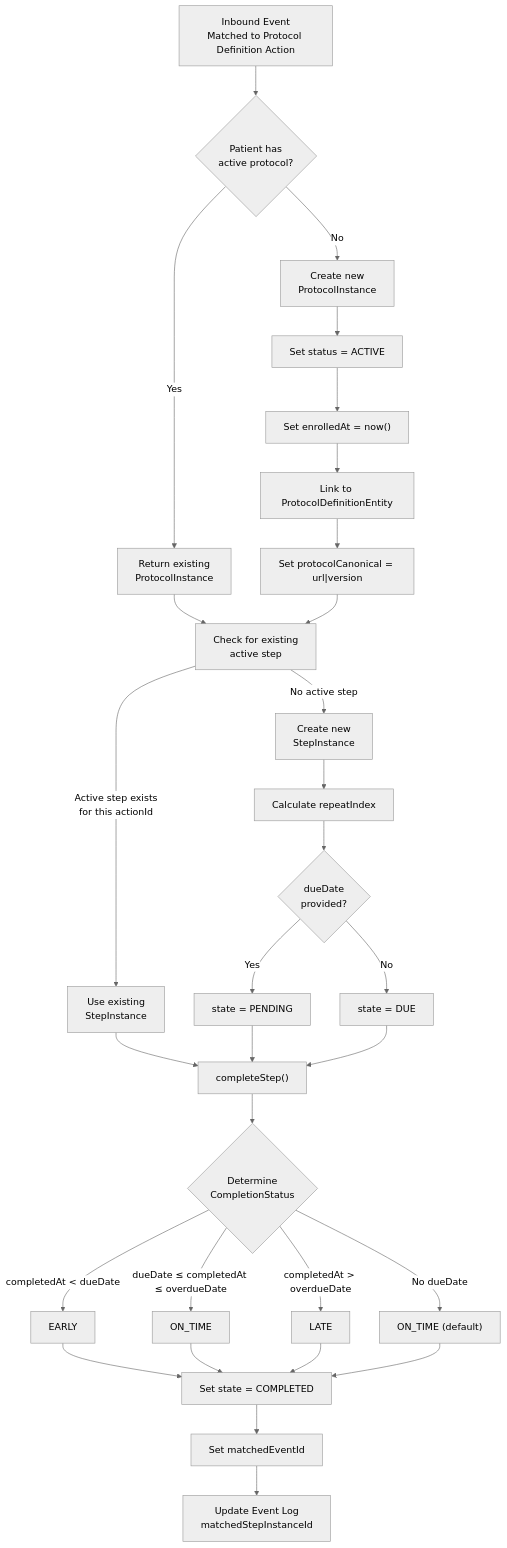
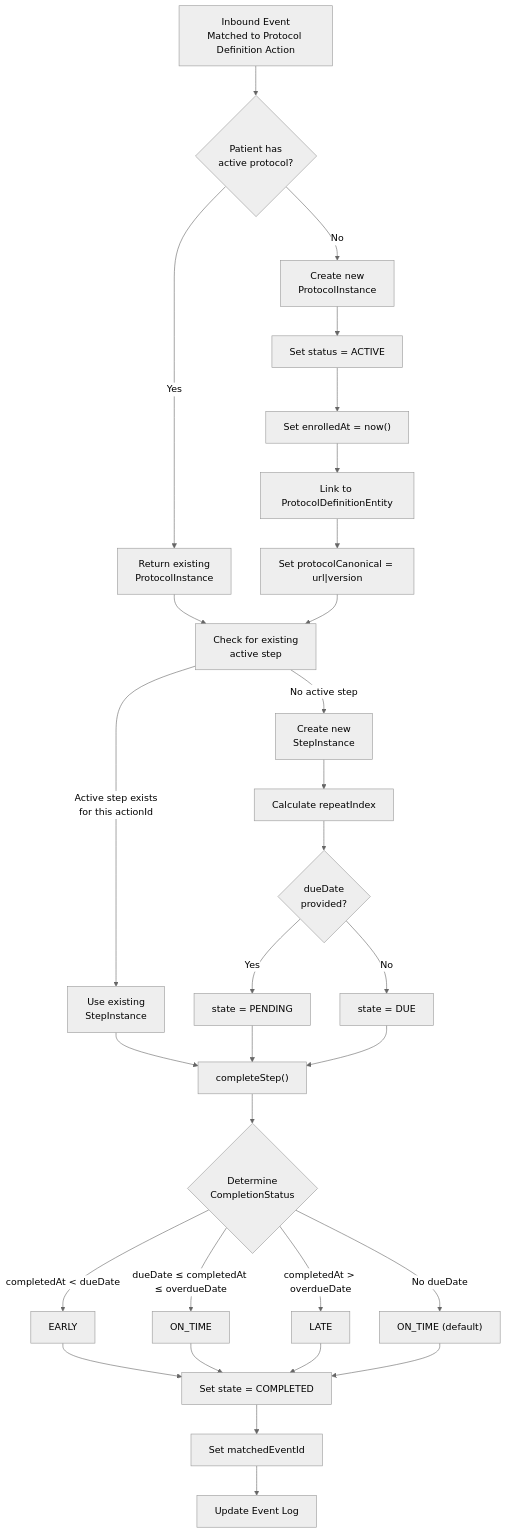
Before and after one commit to Jayaprakash8887/cce-compliance-service: the fourth of 11 diagrams in docs/flow-diagrams.md, drawn with Mermaid (neutral theme). The commit also changed other lines of this file and 7 other files, not shown here.

````diff
--- a/docs/flow-diagrams.md
+++ b/docs/flow-diagrams.md
@@ -219,41 +222,41 @@
 ```mermaid
 flowchart TD
     A["Inbound Event<br/>Matched to Protocol Definition Action"] --> B{"Patient has<br/>active protocol?"}
 
     B -->|"Yes"| C["Return existing<br/>ProtocolInstance"]
     B -->|"No"| D["Create new<br/>ProtocolInstance"]
 
     D --> E["Set status = ACTIVE"]
     E --> F["Set enrolledAt = now()"]
     F --> G["Link to ProtocolDefinitionEntity"]
     G --> H["Set protocolCanonical = url|version"]
 
     C --> I["Check for existing<br/>active step"]
     H --> I
 
     I -->|"Active step exists<br/>for this actionId"| J["Use existing<br/>StepInstance"]
     I -->|"No active step"| K["Create new<br/>StepInstance"]
 
     K --> L["Calculate repeatIndex"]
     L --> M{"dueDate<br/>provided?"}
     M -->|"Yes"| N["state = PENDING"]
     M -->|"No"| O["state = DUE"]
 
     J --> P["completeStep()"]
     N --> P
     O --> P
 
     P --> Q{"Determine<br/>CompletionStatus"}
     Q -->|"completedAt < dueDate"| R["EARLY"]
     Q -->|"dueDate ≤ completedAt ≤ overdueDate"| S["ON_TIME"]
     Q -->|"completedAt > overdueDate"| T["LATE"]
     Q -->|"No dueDate"| U["ON_TIME (default)"]
 
     R --> V["Set state = COMPLETED"]
     S --> V
     T --> V
     U --> V
 
     V --> W["Set matchedEventId"]
-    W --> X["Update Event Log<br/>matchedStepInstanceId"]
+    W --> X["Update Event Log"]
 ```
````
